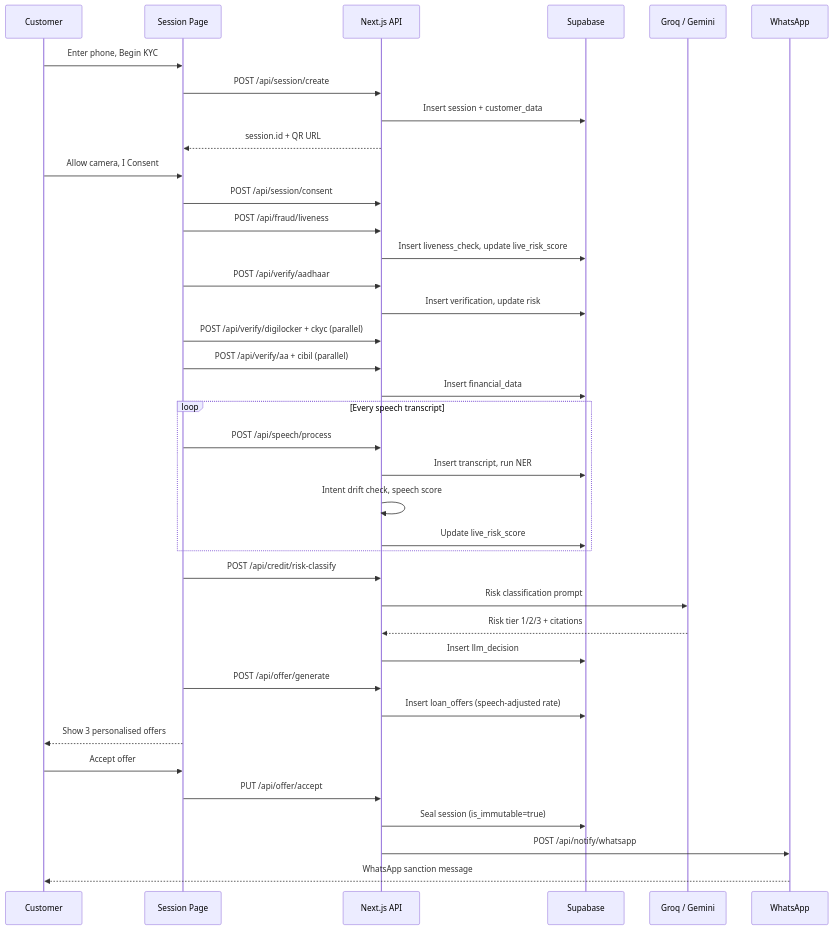
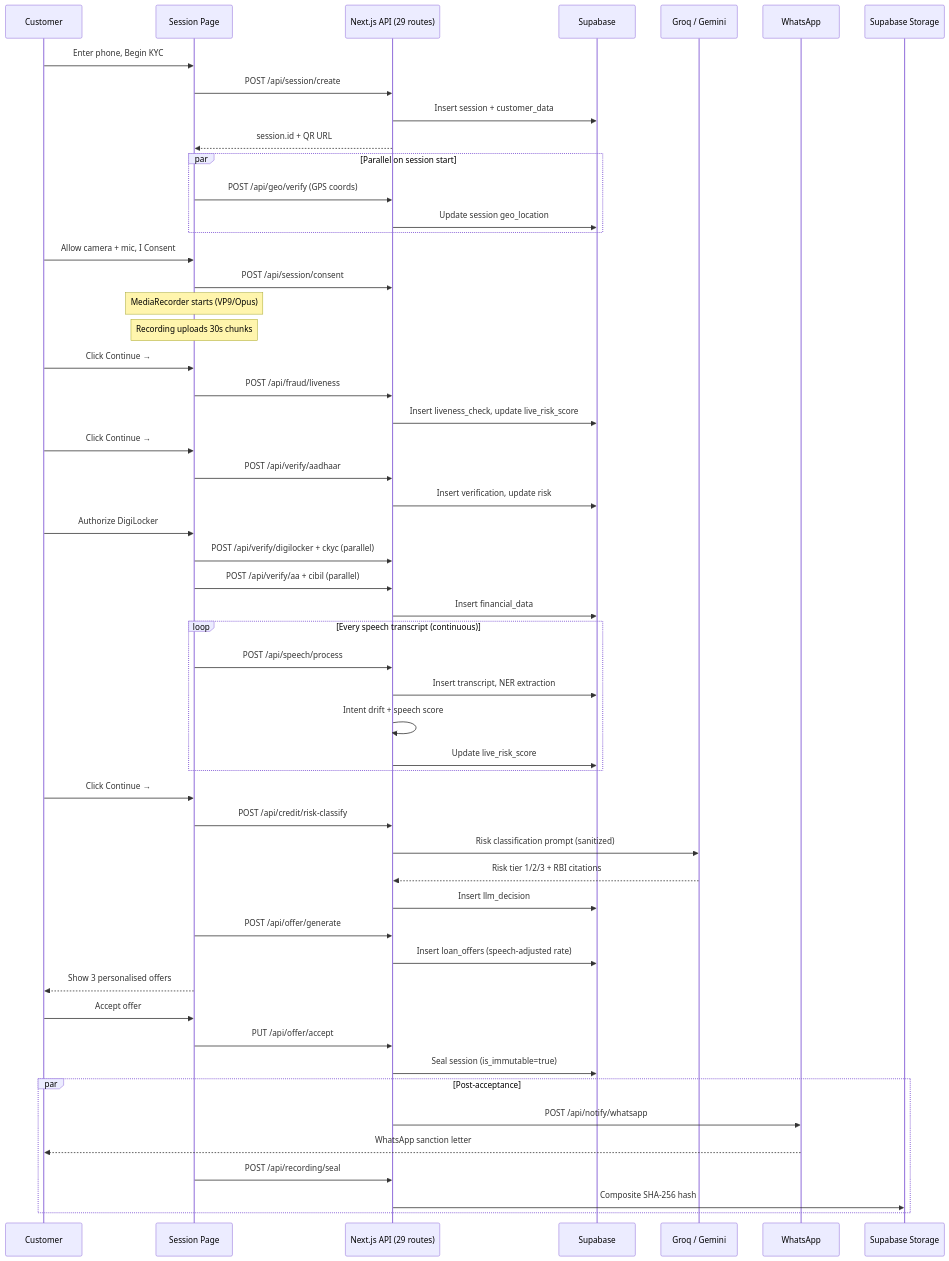
One commit to ayushmgarg/Veritas-Poonawalla-Fincorp changed the second of 2 diagrams in README.md. Above: the diagram before and after it, drawn with Mermaid. The commit also changed other lines of this file, not shown here.

````diff
--- a/README.md
+++ b/README.md
@@ -91,47 +123,66 @@
 ```mermaid
 sequenceDiagram
     participant C as Customer
     participant UI as Session Page
-    participant API as Next.js API
+    participant API as Next.js API (29 routes)
     participant DB as Supabase
     participant LLM as Groq / Gemini
     participant WA as WhatsApp
+    participant S3 as Supabase Storage
 
     C->>UI: Enter phone, Begin KYC
     UI->>API: POST /api/session/create
     API->>DB: Insert session + customer_data
     API-->>UI: session.id + QR URL
 
-    C->>UI: Allow camera, I Consent
+    par Parallel on session start
+        UI->>API: POST /api/geo/verify (GPS coords)
+        API->>DB: Update session geo_location
+    end
+
+    C->>UI: Allow camera + mic, I Consent
     UI->>API: POST /api/session/consent
+    Note over UI: MediaRecorder starts (VP9/Opus)
+    Note over UI: Recording uploads 30s chunks
+
+    C->>UI: Click Continue →
     UI->>API: POST /api/fraud/liveness
     API->>DB: Insert liveness_check, update live_risk_score
 
+    C->>UI: Click Continue →
     UI->>API: POST /api/verify/aadhaar
     API->>DB: Insert verification, update risk
+
+    C->>UI: Authorize DigiLocker
     UI->>API: POST /api/verify/digilocker + ckyc (parallel)
     UI->>API: POST /api/verify/aa + cibil (parallel)
     API->>DB: Insert financial_data
 
-    loop Every speech transcript
+    loop Every speech transcript (continuous)
         UI->>API: POST /api/speech/process
-        API->>DB: Insert transcript, run NER
-        API->>API: Intent drift check, speech score
+        API->>DB: Insert transcript, NER extraction
+        API->>API: Intent drift + speech score
         API->>DB: Update live_risk_score
     end
 
+    C->>UI: Click Continue →
     UI->>API: POST /api/credit/risk-classify
-    API->>LLM: Risk classification prompt
-    LLM-->>API: Risk tier 1/2/3 + citations
+    API->>LLM: Risk classification prompt (sanitized)
+    LLM-->>API: Risk tier 1/2/3 + RBI citations
     API->>DB: Insert llm_decision
 
     UI->>API: POST /api/offer/generate
     API->>DB: Insert loan_offers (speech-adjusted rate)
     UI-->>C: Show 3 personalised offers
 
     C->>UI: Accept offer
     UI->>API: PUT /api/offer/accept
     API->>DB: Seal session (is_immutable=true)
-    API->>WA: POST /api/notify/whatsapp
-    WA-->>C: WhatsApp sanction message
+
+    par Post-acceptance
+        API->>WA: POST /api/notify/whatsapp
+        WA-->>C: WhatsApp sanction letter
+        UI->>API: POST /api/recording/seal
+        API->>S3: Composite SHA-256 hash
+    end
 ```
````
